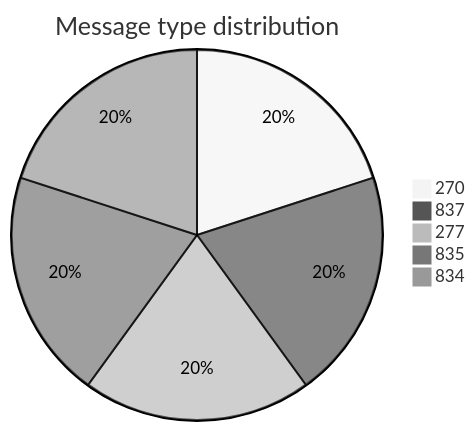
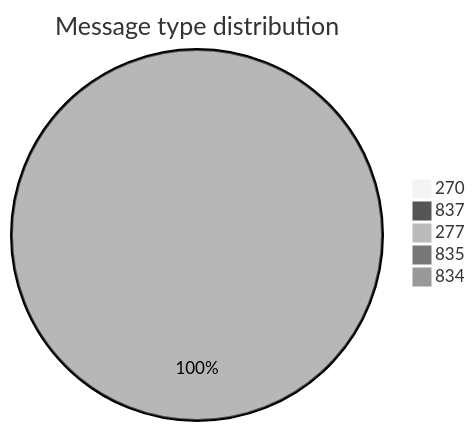
Before and after one commit to dhagan-va/intern-2025: the second of 11 diagrams in test-tools/DataGen/src/Statistics_Visualizer.md, drawn with Mermaid (neutral theme). The commit also changed other lines of this file and 1 other file, not shown here.

````diff
--- a/test-tools/DataGen/src/Statistics_Visualizer.md
+++ b/test-tools/DataGen/src/Statistics_Visualizer.md
@@ -28,8 +28,8 @@
 ```mermaid
 pie title Message type distribution
-    "270" : 5821
-    "837" : 5821
-    "277" : 5821
-    "835" : 5821
-    "834" : 5821
+    "270" : 0
+    "837" : 0
+    "277" : 0
+    "835" : 0
+    "834" : 5
 ```
````
